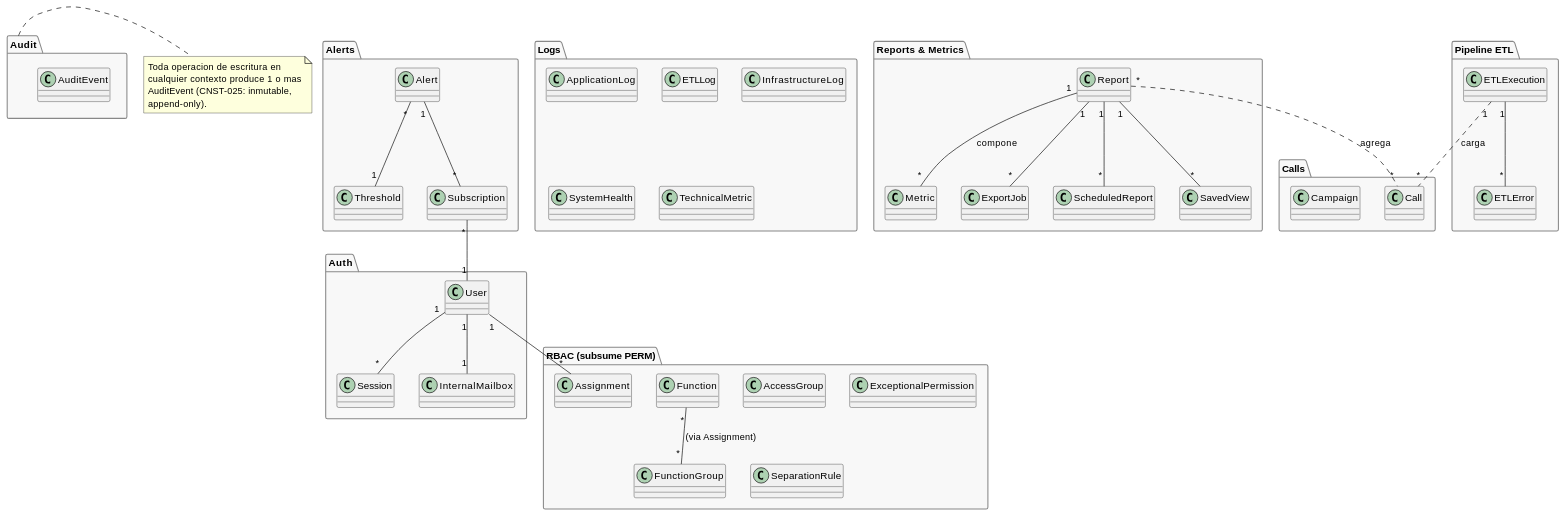
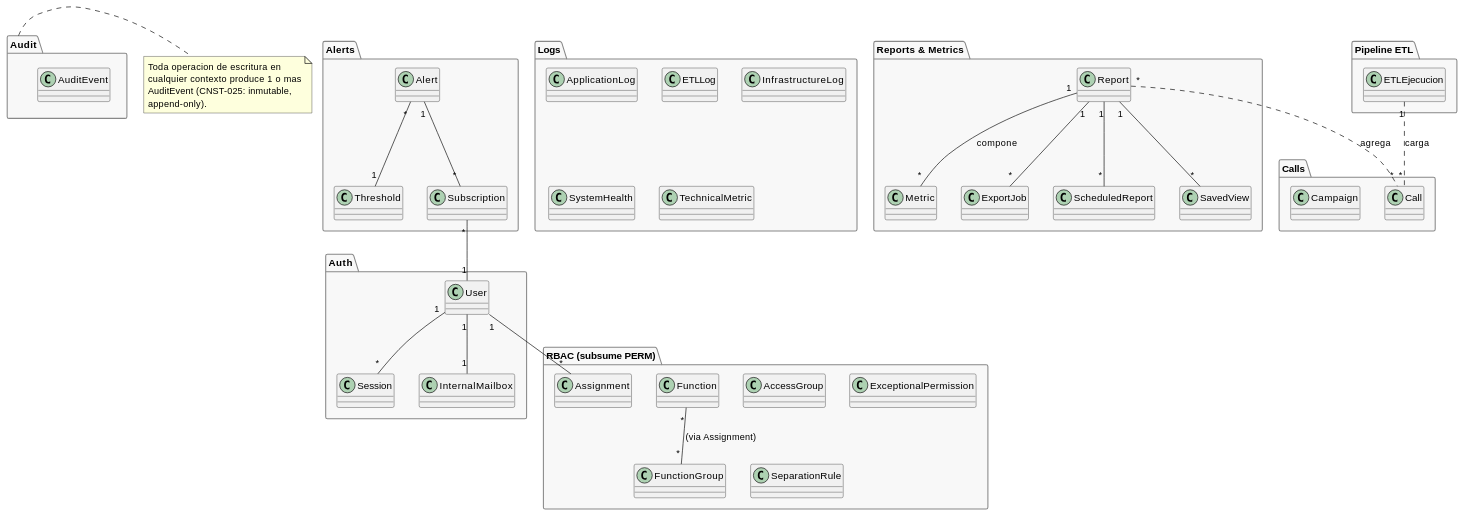
The first of 9 diagrams in source/arquitectura-tecnica/modelo-dominio-iact.rst (jcg-admin/IACT-docs), drawn with PlantUML before and after one commit. The commit also changed other lines of this file and 4 other files, not shown here.

First line of the commit message:
Update remaining architecture files to ETLEjecucion entity

```diff
--- a/source/arquitectura-tecnica/modelo-dominio-iact.rst
+++ b/source/arquitectura-tecnica/modelo-dominio-iact.rst
@@ -168,8 +168,7 @@
  }
 
  package "Pipeline ETL" as E {
-   class ETLExecution
-   class ETLError
+   class ETLEjecucion
  }
 
  package "Alerts" as L {
@@ -200,8 +199,7 @@
  Report    "1" -- "*"   ScheduledReport
  Report    "1" -- "*"   SavedView
  Report    "*" .. "*"   Call                  : agrega
- ETLExecution "1" -- "*" ETLError
- ETLExecution "1" .. "*" Call                 : carga
+ ETLEjecucion "1" .. "*" Call                 : carga
  Alert     "*" -- "1"   Threshold
  Alert     "1" -- "*"   Subscription
  Subscription "*" -- "1" User
```
